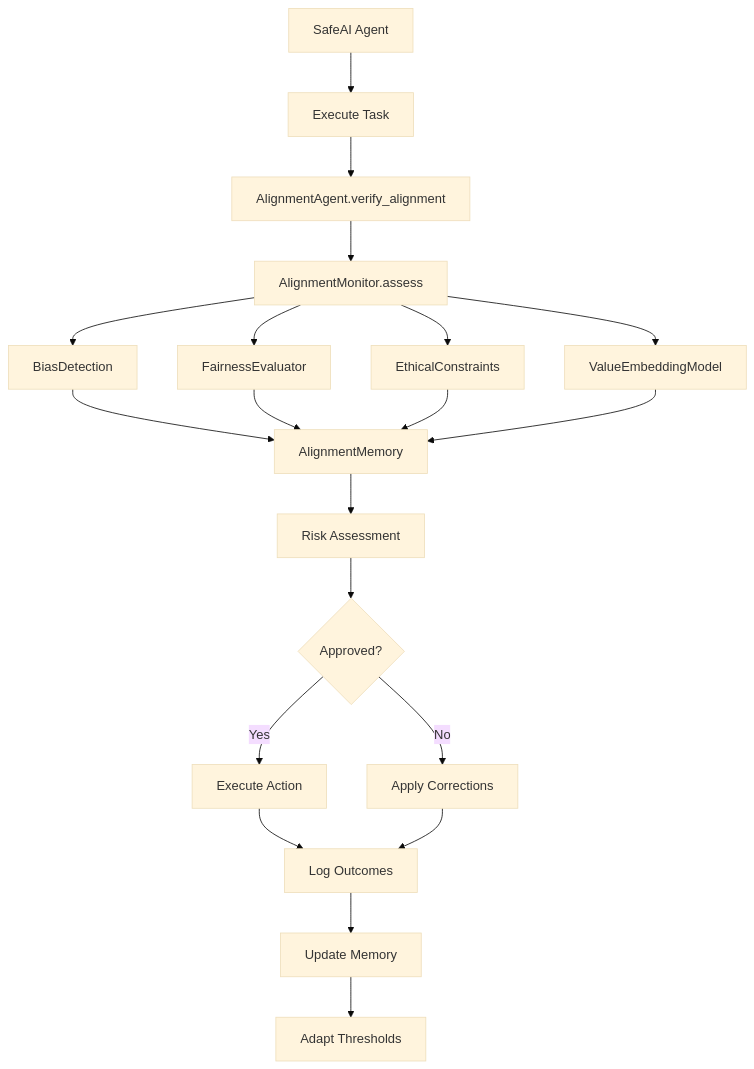
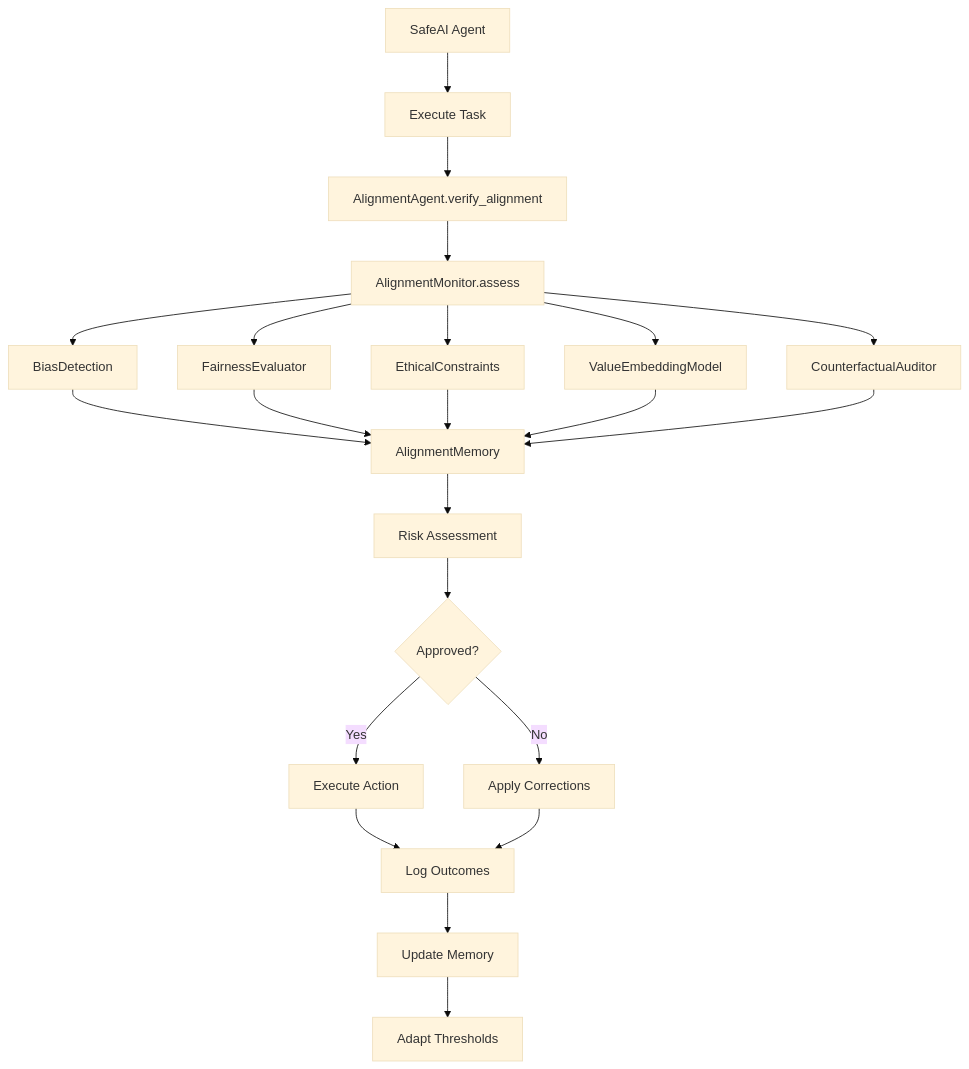
The diagram in src/alignment/README.md (The-Outsider-97/SLAI), drawn with Mermaid (base theme) before and after one commit. The commit also changed other lines of this file, not shown here.

````diff
--- a/src/alignment/README.md
+++ b/src/alignment/README.md
@@ -2,22 +2,27 @@
 ```mermaid
 graph TD
     A[SafeAI Agent] --> B[Execute Task]
     B --> C[AlignmentAgent.verify_alignment]
     C --> D[AlignmentMonitor.assess]
+
     D --> E[BiasDetection]
     D --> F[FairnessEvaluator]
     D --> G[EthicalConstraints]
     D --> H[ValueEmbeddingModel]
+    D --> Q[CounterfactualAuditor]
+
     E --> I[AlignmentMemory]
     F --> I
     G --> I
     H --> I
+    Q --> I
+
     I --> J[Risk Assessment]
     J --> K{Approved?}
     K -->|Yes| L[Execute Action]
     K -->|No| M[Apply Corrections]
     L --> N[Log Outcomes]
     M --> N
     N --> O[Update Memory]
     O --> P[Adapt Thresholds]
 ```
````
